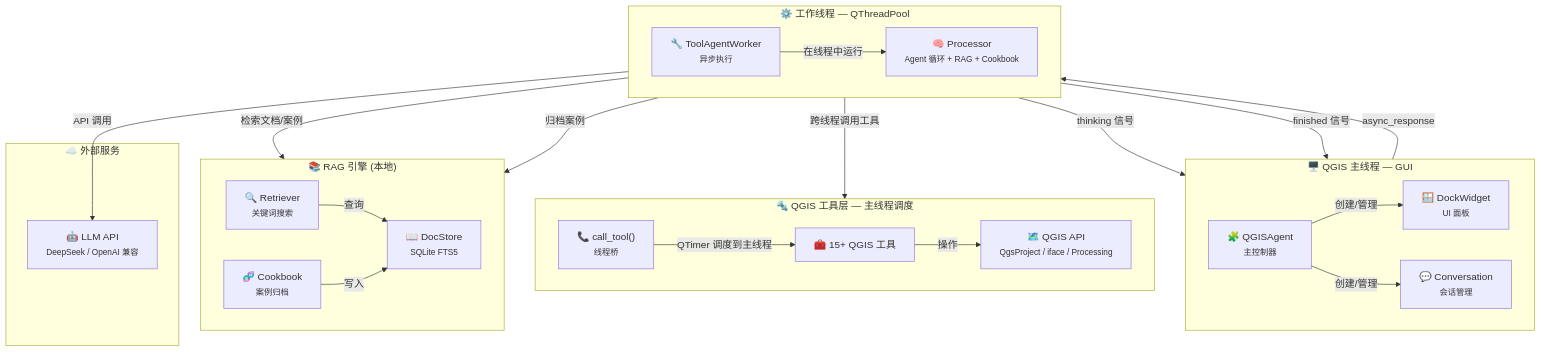
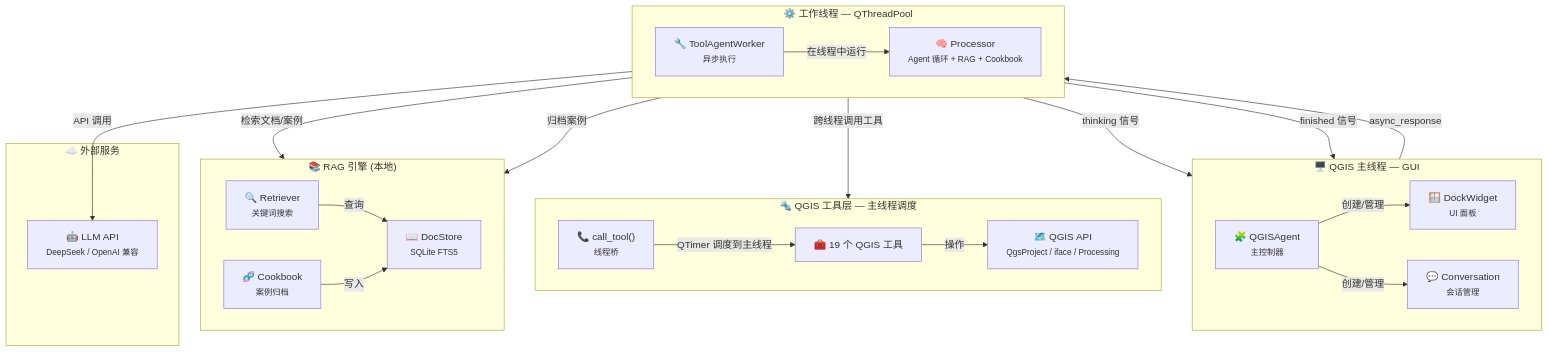
One commit to bunkmr/qgis-agent changed the diagram in README.md. Above: the diagram before and after it, drawn with Mermaid. The commit also changed other lines of this file and 6 other files, not shown here.

````diff
--- a/README.md
+++ b/README.md
@@ -38,48 +51,48 @@
 ```mermaid
 graph TB
     subgraph UI["🖥️ QGIS 主线程 — GUI"]
         direction LR
         A["🧩 QGISAgent<br/><small>主控制器</small>"]
         B["🪟 DockWidget<br/><small>UI 面板</small>"]
         C["💬 Conversation<br/><small>会话管理</small>"]
     end
 
     subgraph WORKER["⚙️ 工作线程 — QThreadPool"]
         direction LR
         D["🔧 ToolAgentWorker<br/><small>异步执行</small>"]
         E["🧠 Processor<br/><small>Agent 循环 + RAG + Cookbook</small>"]
     end
 
     subgraph TOOLS["🔩 QGIS 工具层 — 主线程调度"]
         direction LR
         F["📞 call_tool()<br/><small>线程桥</small>"]
-        G["🧰 15+ QGIS 工具"]
+        G["🧰 19 个 QGIS 工具"]
         H["🗺️ QGIS API<br/><small>QgsProject / iface / Processing</small>"]
     end
 
     subgraph RAG["📚 RAG 引擎 (本地)"]
         direction LR
         J["📖 DocStore<br/><small>SQLite FTS5</small>"]
         K["🔍 Retriever<br/><small>关键词搜索</small>"]
         L["🧬 Cookbook<br/><small>案例归档</small>"]
     end
 
     subgraph EXT["☁️ 外部服务"]
         I["🤖 LLM API<br/><small>DeepSeek / OpenAI 兼容</small>"]
     end
 
     A -->|创建/管理| B
     A -->|创建/管理| C
     C -->|async_response| D
     D -->|在线程中运行| E
     E -->|API 调用| I
     E -->|检索文档/案例| K
     K -->|查询| J
     E -->|跨线程调用工具| F
     F -->|QTimer 调度到主线程| G
     G -->|操作| H
     E -->|归档案例| L
     L -->|写入| J
     E -->|thinking 信号| B
     E -->|finished 信号| A
 ```
````
